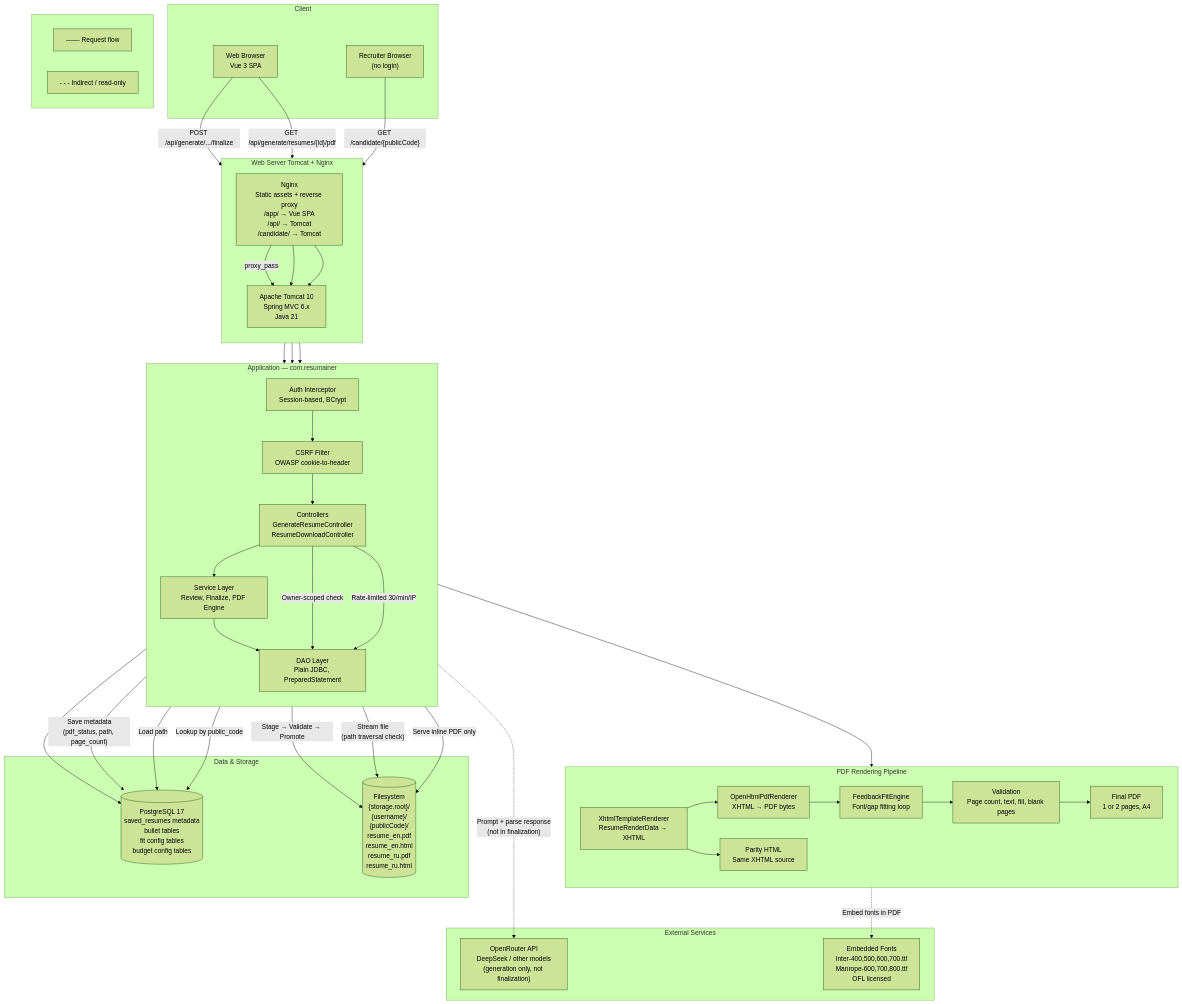
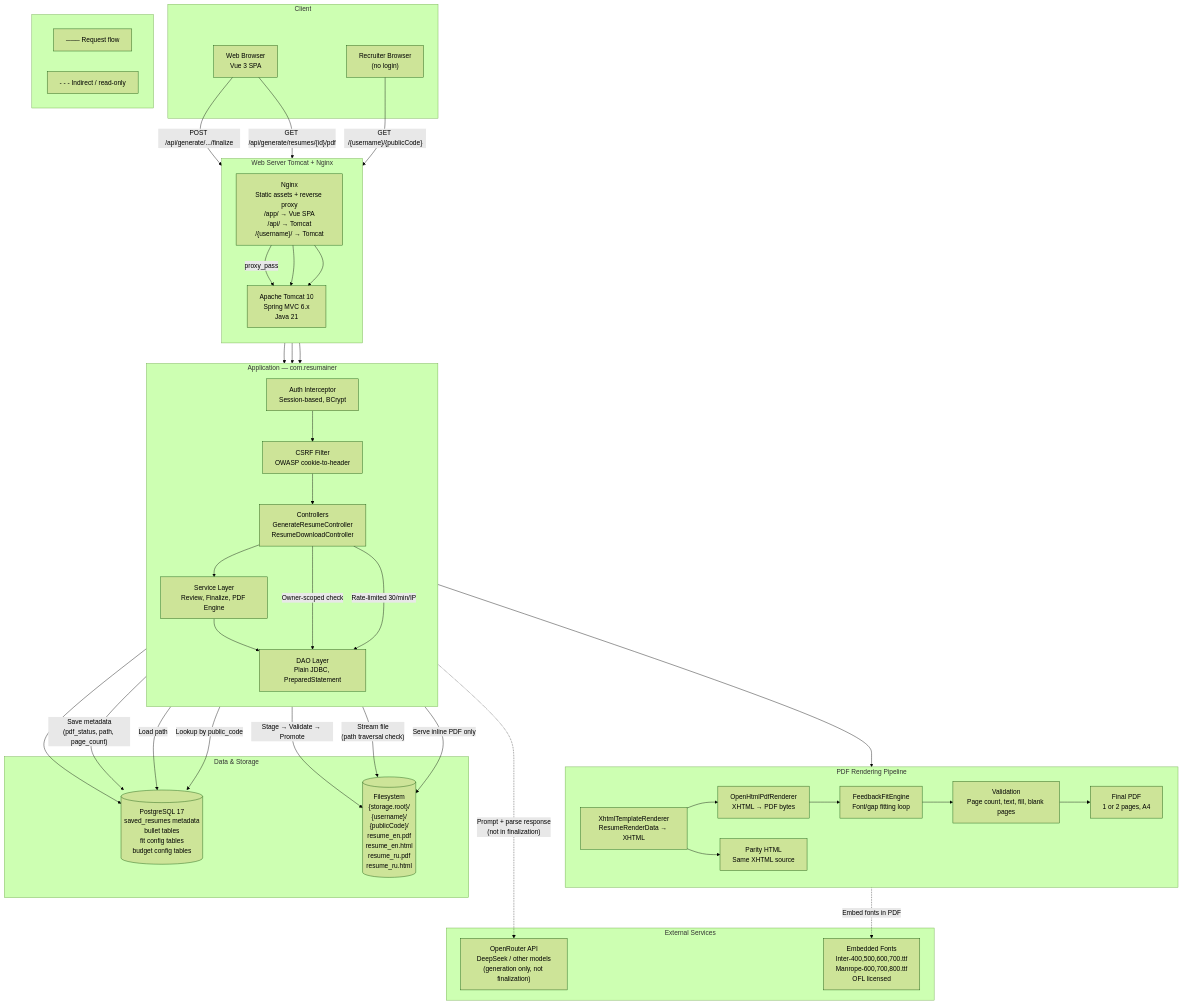
Before and after one commit to Anton-Ch/resumainer-java-vue-web-app: the first of 2 diagrams in specs/008-pdf-generation/system-design.md, drawn with Mermaid (forest theme). The commit also changed other lines of this file and 7 other files, not shown here.

First line of the commit message:
docs(spec): finalize Feature 008 tasks phase with diagrams and cross-artifact fixes

```diff
--- a/specs/008-pdf-generation/system-design.md
+++ b/specs/008-pdf-generation/system-design.md
@@ -21,7 +21,7 @@
 
     subgraph WEB["Web Server  Tomcat + Nginx"]
         direction TB
-        Nginx["Nginx\nStatic assets + reverse proxy\n/app/ → Vue SPA\n/api/ → Tomcat\n/candidate/ → Tomcat"]
+        Nginx["Nginx\nStatic assets + reverse proxy\n/app/ → Vue SPA\n/api/ → Tomcat\n/{username}/ → Tomcat"]
         Tomcat["Apache Tomcat 10\nSpring MVC 6.x\nJava 21"]
     end
 
@@ -83,7 +83,7 @@
     Controllers -->|"Stream file\n(path traversal check)"| FS
 
     %% Public route (unauthenticated)
-    Recruiter -->|"GET /candidate/{publicCode}"| Nginx
+    Recruiter -->|"GET /{username}/{publicCode}"| Nginx
     Nginx --> Tomcat
     Tomcat --> Controllers
     Controllers -->|"Rate-limited 30/min/IP"| DAOs
```
